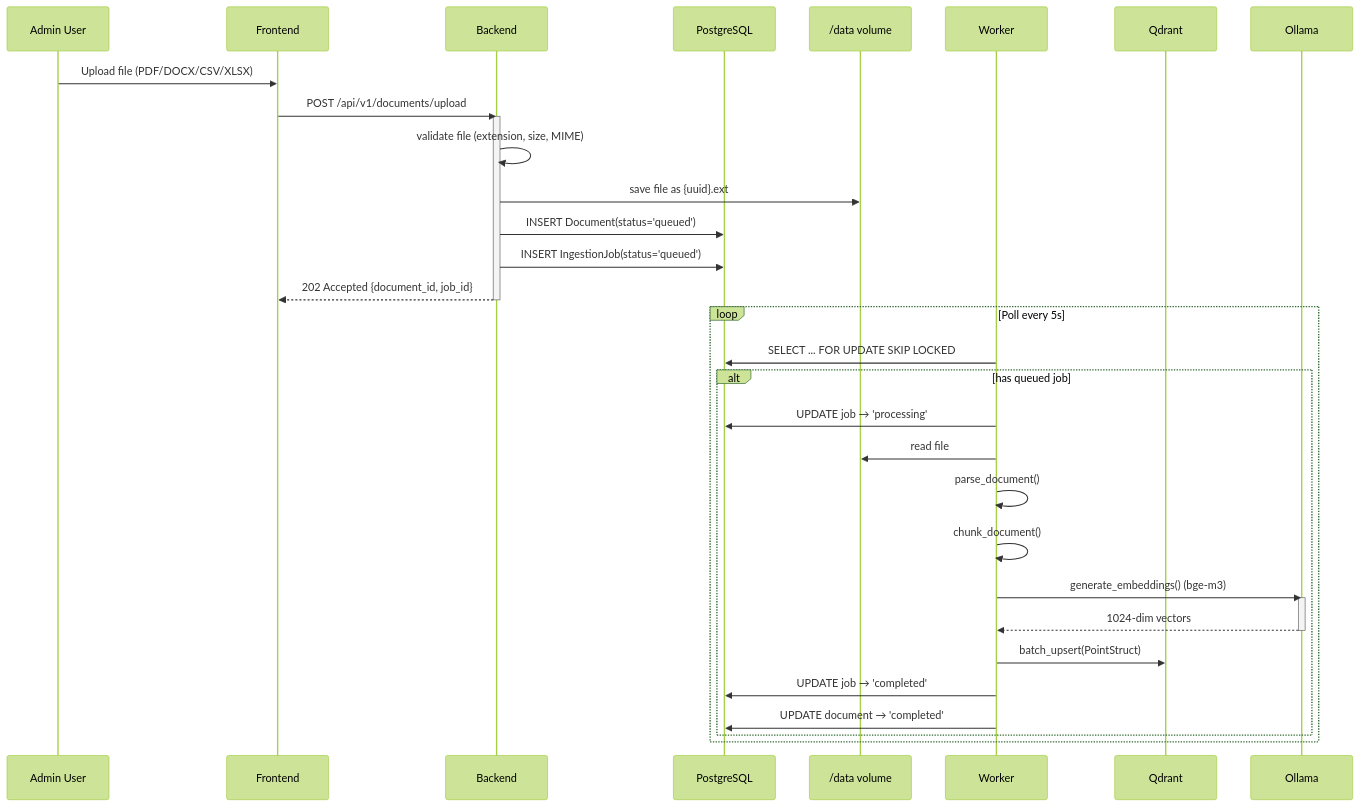
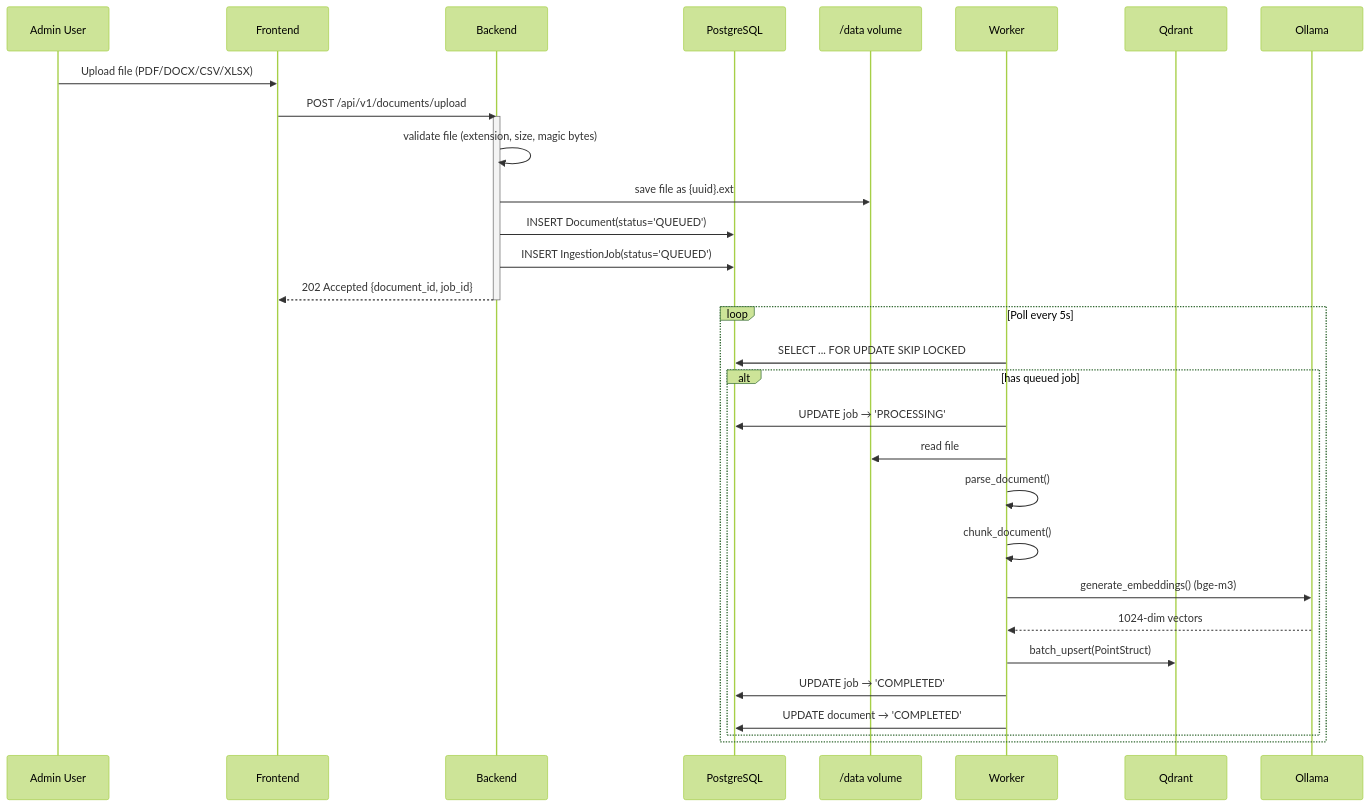
Before and after one commit to zidanbrilliant/chatbot-rag: the seventh of 8 diagrams in README.md, drawn with Mermaid (forest theme). The commit also changed other lines of this file, not shown here.

Commit message:
docs: update README and AGENTS.md with hybrid search architecture

````diff
--- a/README.md
+++ b/README.md
@@ -458,39 +313,37 @@
 ```mermaid
 sequenceDiagram
     participant Admin as Admin User
     participant FE as Frontend
     participant BE as Backend
     participant DB as PostgreSQL
     participant DISK as /data volume
     participant WK as Worker
     participant QD as Qdrant
     participant OLL as Ollama
 
     Admin->>FE: Upload file (PDF/DOCX/CSV/XLSX)
     FE->>BE: POST /api/v1/documents/upload
     activate BE
 
-    BE->>BE: validate file (extension, size, MIME)
+    BE->>BE: validate file (extension, size, magic bytes)
     BE->>DISK: save file as {uuid}.ext
-    BE->>DB: INSERT Document(status='queued')
-    BE->>DB: INSERT IngestionJob(status='queued')
+    BE->>DB: INSERT Document(status='QUEUED')
+    BE->>DB: INSERT IngestionJob(status='QUEUED')
     BE-->>FE: 202 Accepted {document_id, job_id}
     deactivate BE
 
     loop Poll every 5s
         WK->>DB: SELECT ... FOR UPDATE SKIP LOCKED
         alt has queued job
-            WK->>DB: UPDATE job → 'processing'
+            WK->>DB: UPDATE job → 'PROCESSING'
             WK->>DISK: read file
             WK->>WK: parse_document()
             WK->>WK: chunk_document()
             WK->>OLL: generate_embeddings() (bge-m3)
-            activate OLL
             OLL-->>WK: 1024-dim vectors
-            deactivate OLL
             WK->>QD: batch_upsert(PointStruct)
-            WK->>DB: UPDATE job → 'completed'
-            WK->>DB: UPDATE document → 'completed'
+            WK->>DB: UPDATE job → 'COMPLETED'
+            WK->>DB: UPDATE document → 'COMPLETED'
         end
     end
 ```
````
